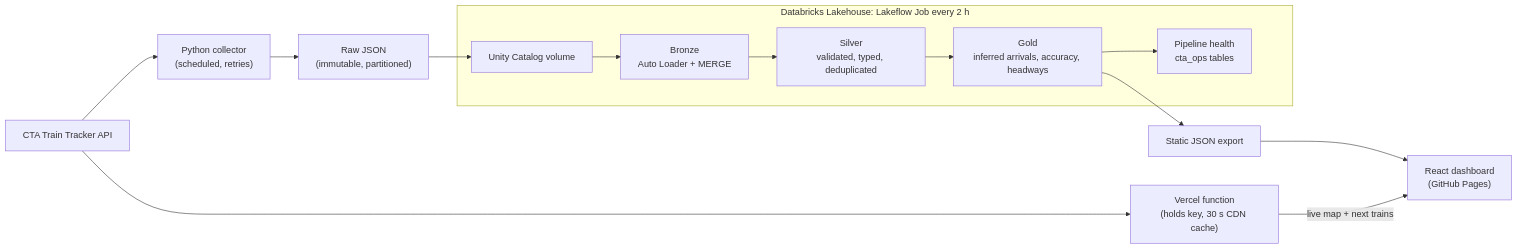
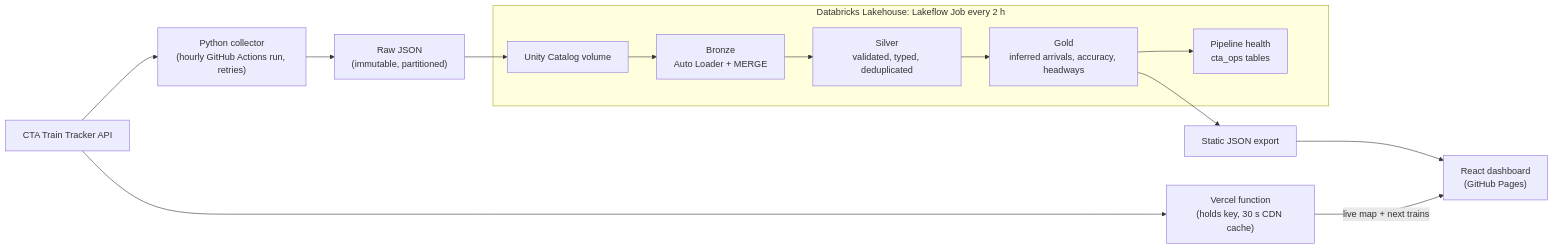
Before and after one commit to wheattthins/CTA-Transit-Intelligence-Platform: the diagram in README.md, drawn with Mermaid. The commit also changed other lines of this file and 8 other files, not shown here.

First line of the commit message:
Run the collector hourly on GitHub Actions instead of a local machine

````diff
--- a/README.md
+++ b/README.md
@@ -43,16 +43,16 @@
 ```mermaid
 flowchart LR
-    API["CTA Train Tracker API"] --> C["Python collector<br/>(scheduled, retries)"]
+    API["CTA Train Tracker API"] --> C["Python collector<br/>(hourly GitHub Actions run, retries)"]
     C --> R["Raw JSON<br/>(immutable, partitioned)"]
     R --> V["Unity Catalog volume"]
     subgraph DB["Databricks Lakehouse: Lakeflow Job every 2 h"]
         V --> B["Bronze<br/>Auto Loader + MERGE"]
         B --> S["Silver<br/>validated, typed, deduplicated"]
         S --> G["Gold<br/>inferred arrivals, accuracy, headways"]
         G --> H["Pipeline health<br/>cta_ops tables"]
     end
     G --> E["Static JSON export"]
     E --> D["React dashboard<br/>(GitHub Pages)"]
     API --> L["Vercel function<br/>(holds key, 30 s CDN cache)"]
     L -->|live map + next trains| D
 ```
````
